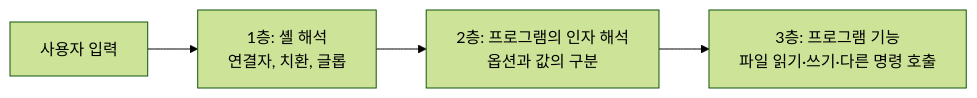
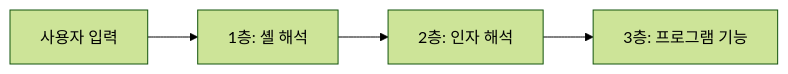
One commit to logiciris/logiciris.github.io changed the diagram in _notes/os-command-injection-advanced.md. Above: the diagram before and after it, drawn with Mermaid (forest theme). The commit also changed 28 other files, not shown here.

Commit message:
Notes batches 1-2: qa fixes (accuracy, links, mermaid labels)

````diff
--- a/_notes/os-command-injection-advanced.md
+++ b/_notes/os-command-injection-advanced.md
@@ -22,6 +22,6 @@
 ```mermaid
 flowchart LR
-    IN["사용자 입력"] --> S["1층: 셸 해석<br/>연결자, 치환, 글롭"]
-    S --> P["2층: 프로그램의 인자 해석<br/>옵션과 값의 구분"]
-    P --> F["3층: 프로그램 기능<br/>파일 읽기·쓰기·다른 명령 호출"]
+    IN["사용자 입력"] --> S["1층: 셸 해석"]
+    S --> P["2층: 인자 해석"]
+    P --> F["3층: 프로그램 기능"]
 ```
````
